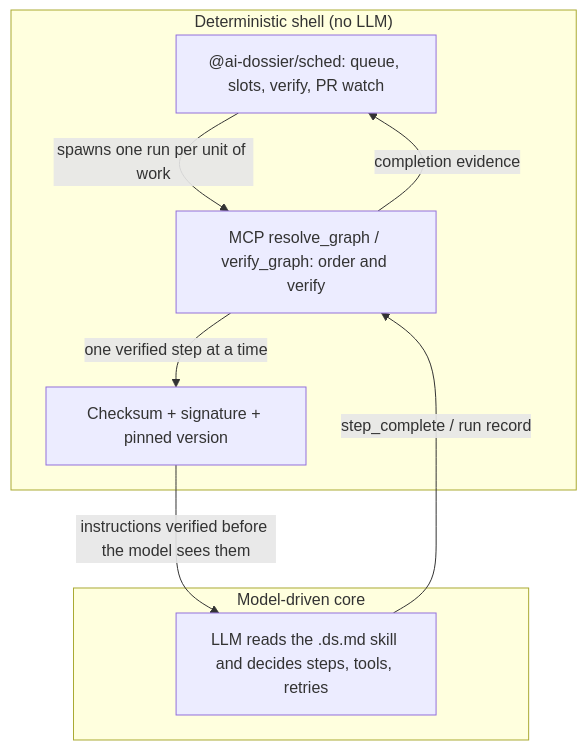
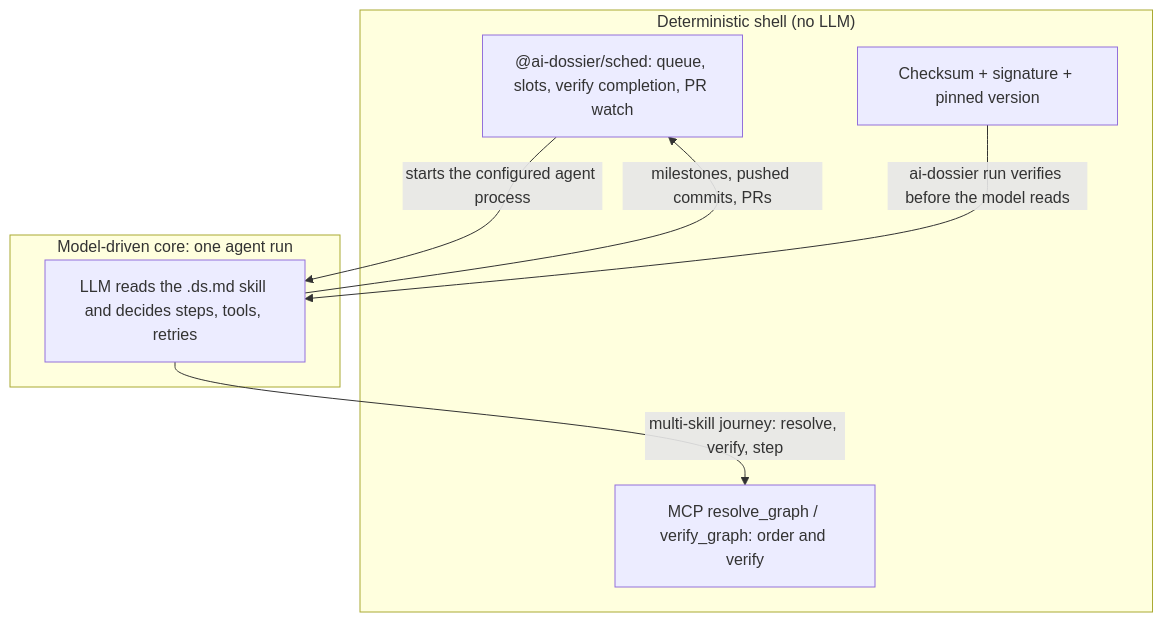
Before and after one commit to imboard-ai/ai-dossier: the diagram in docs/explanation/model-driven-orchestration.md, drawn with Mermaid. The commit also changed other lines of this file and 1 other file, not shown here.

Commit message:
docs: address review findings on pillar page (#1034)
Claude-Session: https://claude.ai/code/session_019rRSPknPwqG73cEQkrn73t

````diff
--- a/docs/explanation/model-driven-orchestration.md
+++ b/docs/explanation/model-driven-orchestration.md
@@ -34,16 +34,15 @@
 ```mermaid
 flowchart TB
   subgraph shell["Deterministic shell (no LLM)"]
-    S["@ai-dossier/sched: queue, slots, verify, PR watch"]
+    S["@ai-dossier/sched: queue, slots, verify completion, PR watch"]
+    V["Checksum + signature + pinned version"]
     G["MCP resolve_graph / verify_graph: order and verify"]
-    V["Checksum + signature + pinned version"]
   end
-  subgraph skill["Model-driven core"]
+  subgraph skill["Model-driven core: one agent run"]
     M["LLM reads the .ds.md skill and decides steps, tools, retries"]
   end
-  S -->|"spawns one run per unit of work"| G
-  G -->|"one verified step at a time"| V
-  V -->|"instructions verified before the model sees them"| M
-  M -->|"step_complete / run record"| G
-  G -->|"completion evidence"| S
+  S -->|"starts the configured agent process"| M
+  V -->|"ai-dossier run verifies before the model reads"| M
+  M -->|"multi-skill journey: resolve, verify, step"| G
+  M -->|"milestones, pushed commits, PRs"| S
 ```
````
